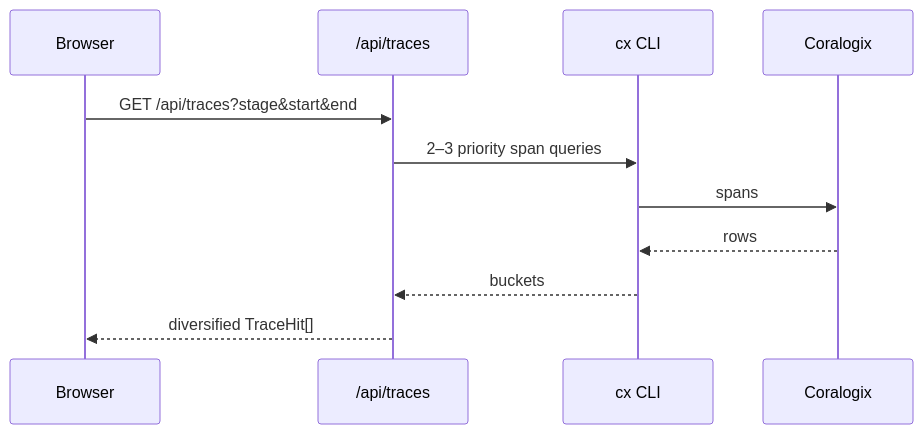
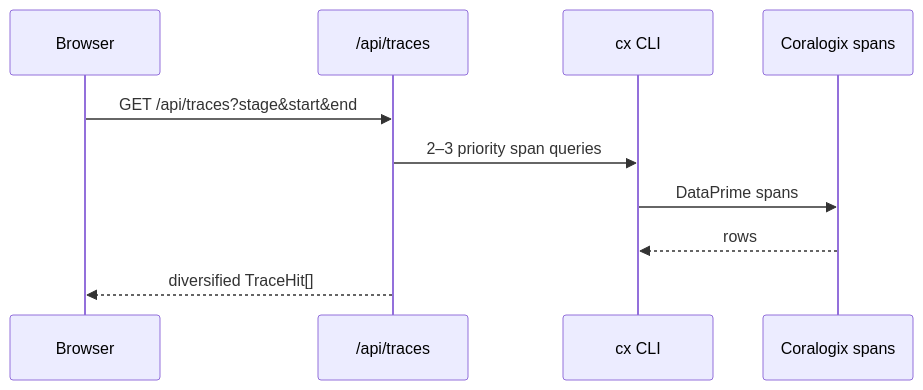
The fourth of 5 diagrams in ARCHITECTURE.md (tpasin/pathpoint-boutique), drawn with Mermaid before and after one commit. The commit also changed other lines of this file and 12 other files, not shown here.

First line of the commit message:
Drive Pathpoint lights from span metrics and document the architecture.

````diff
--- a/ARCHITECTURE.md
+++ b/ARCHITECTURE.md
@@ -147,14 +195,13 @@
 ```mermaid
 sequenceDiagram
     participant B as Browser
     participant T as /api/traces
     participant C as cx CLI
-    participant X as Coralogix
+    participant X as Coralogix spans
 
     B->>T: GET /api/traces?stage&start&end
     T->>C: 2–3 priority span queries
-    C->>X: spans
+    C->>X: DataPrime spans
     X-->>C: rows
-    C-->>T: buckets
     T-->>B: diversified TraceHit[]
 ```
````
